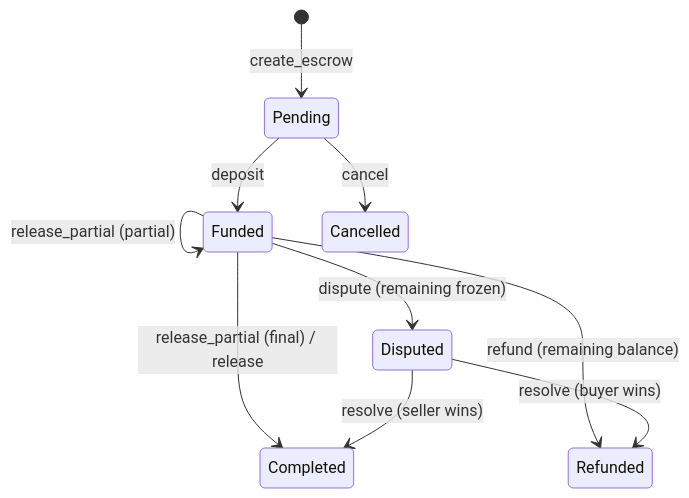
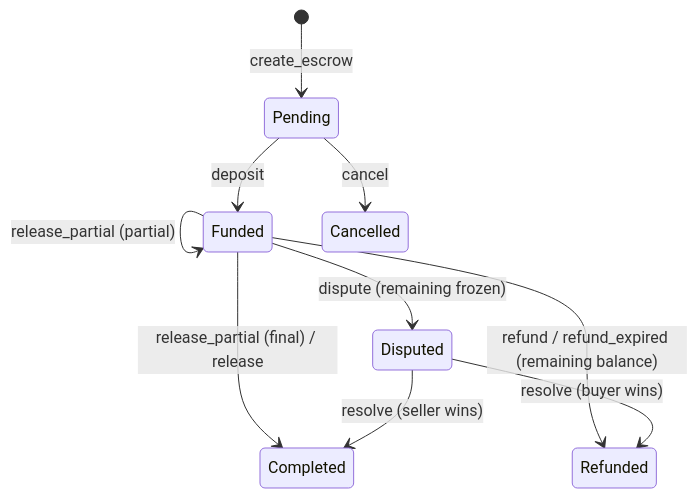
The second of 2 diagrams in README.md (Meet-hybrid/soroban-forge), drawn with Mermaid before and after one commit. The commit also changed other lines of this file and 6 other files, not shown here.

````diff
--- a/README.md
+++ b/README.md
@@ -141,12 +141,12 @@
 ```mermaid
 stateDiagram-v2
     [*] --> Pending: create_escrow
     Pending --> Funded: deposit
     Funded --> Funded: release_partial (partial)
     Funded --> Completed: release_partial (final) / release
-    Funded --> Refunded: refund (remaining balance)
+    Funded --> Refunded: refund / refund_expired (remaining balance)
     Pending --> Cancelled: cancel
     Funded --> Disputed: dispute (remaining frozen)
     Disputed --> Completed: resolve (seller wins)
     Disputed --> Refunded: resolve (buyer wins)
 ```
````
